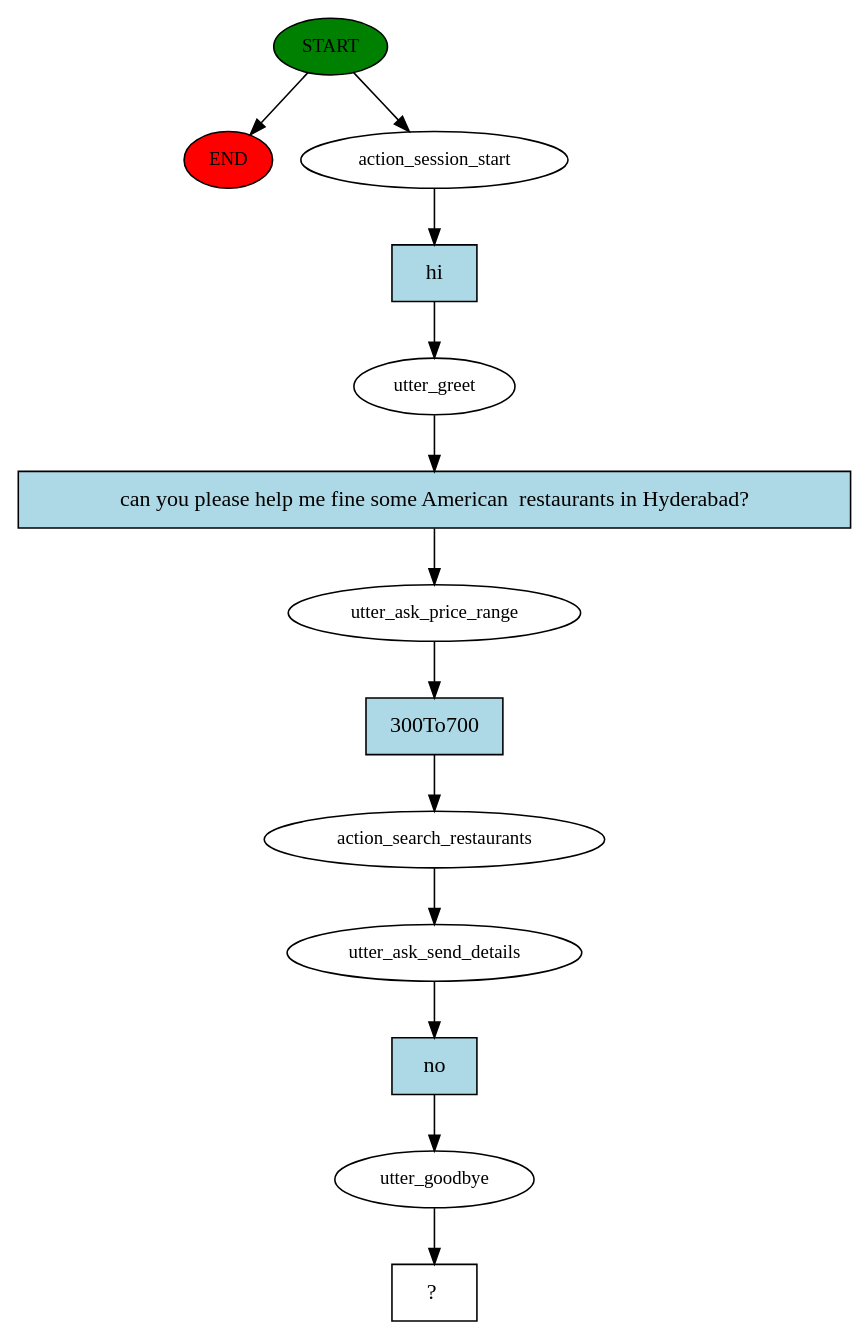
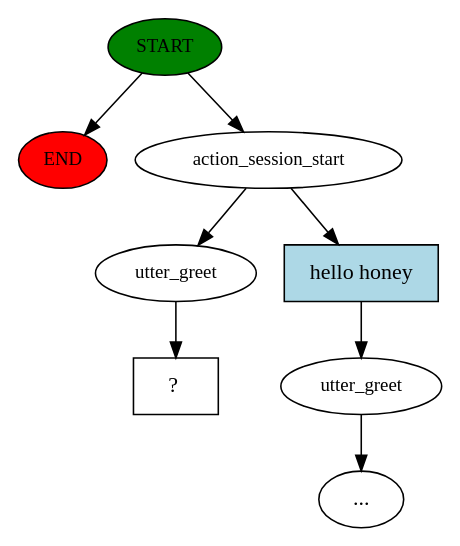
The diagram in Rasa_basic_folder/story_graph.dot (madhavikoduganti/Foodie), drawn with Graphviz before and after one commit. The commit also changed 4 other files, not shown here.

```diff
--- a/Rasa_basic_folder/story_graph.dot
+++ b/Rasa_basic_folder/story_graph.dot
@@ -1,27 +1,17 @@
 digraph  {
 0 [class="start active", fillcolor=green, fontsize=12, label=START, style=filled];
 "-1" [class=end, fillcolor=red, fontsize=12, label=END, style=filled];
 1 [class=active, fontsize=12, label=action_session_start];
-2 [class=active, fontsize=12, label=utter_greet];
-3 [class=active, fontsize=12, label=utter_ask_price_range];
-4 [class=active, fontsize=12, label=action_search_restaurants];
-5 [class=active, fontsize=12, label=utter_ask_send_details];
-6 [class=active, fontsize=12, label=utter_goodbye];
-7 [class="intent dashed active", label="  ?  ", shape=rect];
-8 [class="intent active", fillcolor=lightblue, label=hi, shape=rect, style=filled];
-9 [class="intent active", fillcolor=lightblue, label="can you please help me fine some American  restaurants in Hyderabad?", shape=rect, style=filled];
-10 [class="intent active", fillcolor=lightblue, label="300To700", shape=rect, style=filled];
-11 [class="intent active", fillcolor=lightblue, label=no, shape=rect, style=filled];
+2 [class="", fontsize=12, label=utter_greet];
+"-3" [class=ellipsis, label="..."];
+4 [class=active, fontsize=12, label=utter_greet];
+5 [class="intent dashed active", label="  ?  ", shape=rect];
+6 [class=intent, fillcolor=lightblue, label="hello honey", shape=rect, style=filled];
 0 -> "-1"  [class="", key=NONE, label=""];
 0 -> 1  [class=active, key=NONE, label=""];
-1 -> 8  [class=active, key=0];
-2 -> 9  [class=active, key=0];
-3 -> 10  [class=active, key=0];
+1 -> 4  [class=active, key=NONE, label=""];
+1 -> 6  [class="", key=0];
+2 -> "-3"  [class="", key=NONE, label=""];
 4 -> 5  [class=active, key=NONE, label=""];
-5 -> 11  [class=active, key=0];
-6 -> 7  [class=active, key=NONE, label=""];
-8 -> 2  [class=active, key=0];
-9 -> 3  [class=active, key=0];
-10 -> 4  [class=active, key=0];
-11 -> 6  [class=active, key=0];
+6 -> 2  [class="", key=0];
 }
```
